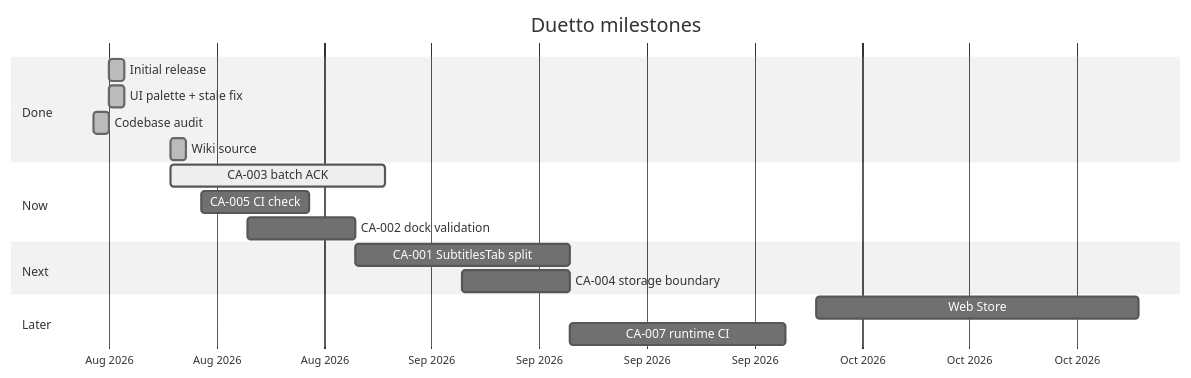
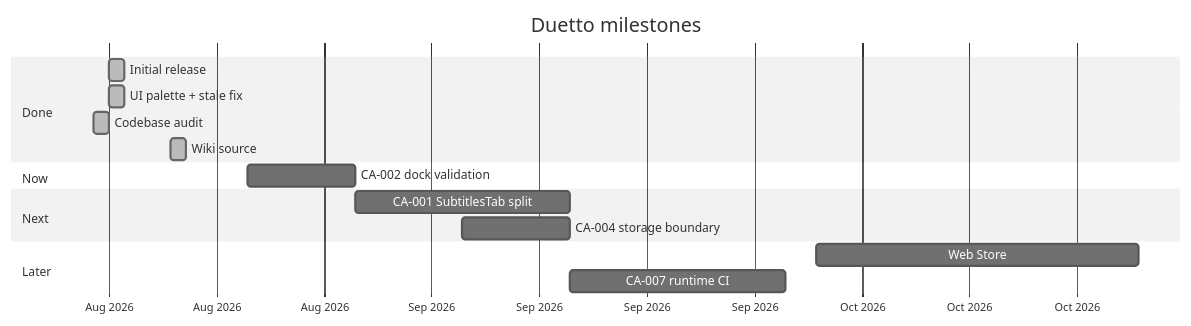
One commit to batu3384/duetto changed the diagram in wiki/Roadmap.md. Above: the diagram before and after it, drawn with Mermaid (neutral theme). The commit also changed other lines of this file and 26 other files, not shown here.

````diff
--- a/wiki/Roadmap.md
+++ b/wiki/Roadmap.md
@@ -64,25 +64,23 @@
 ```mermaid
 gantt
     title Duetto milestones
     dateFormat YYYY-MM-DD
     axisFormat %b %Y
 
     section Done
     Initial release           :done, m1, 2026-08-16, 1d
     UI palette + stale fix    :done, m2, 2026-08-16, 1d
     Codebase audit            :done, m3, 2026-08-15, 1d
     Wiki source               :done, m4, 2026-08-20, 1d
 
     section Now
-    CA-003 batch ACK          :active, n1, 2026-08-20, 14d
-    CA-005 CI check           :n2, 2026-08-22, 7d
     CA-002 dock validation    :n3, 2026-08-25, 7d
 
     section Next
     CA-001 SubtitlesTab split :n4, 2026-09-01, 14d
     CA-004 storage boundary   :n5, 2026-09-08, 7d
 
     section Later
     Web Store                 :l1, 2026-10-01, 21d
     CA-007 runtime CI         :l2, 2026-09-15, 14d
 ```
````
